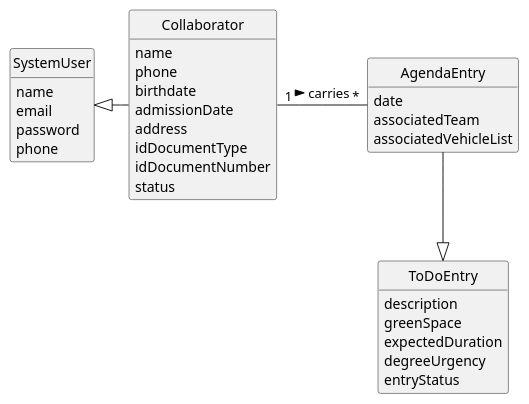
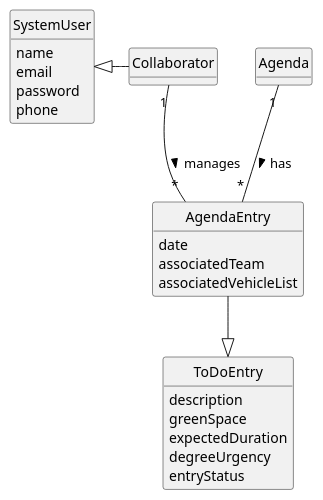
Before and after one commit to Departamento-de-Engenharia-Informatica/lei-24-s2-1do-g164: the diagram in docs/sprintC/us029/02.analysis/puml/us029-domain-model.puml, drawn with PlantUML. The commit also changed 19 other files, not shown here.

```diff
--- a/docs/sprintC/us029/02.analysis/puml/us029-domain-model.puml
+++ b/docs/sprintC/us029/02.analysis/puml/us029-domain-model.puml
@@ -1,51 +1,49 @@
 @startuml
 skinparam monochrome true
 skinparam packageStyle rectangle
 skinparam shadowing false
 
 
 
 skinparam classAttributeIconSize 0
 
 hide circle
 hide methods
 
 
 class SystemUser {
     name
     email
     password
     phone
 
 }
 class Collaborator {
-    name
-    phone
-    birthdate
-    admissionDate
-    address
-    idDocumentType
-    idDocumentNumber
-    status
+
+}
+
+
+class Agenda {
 }
 
 class AgendaEntry {
     date
     associatedTeam
     associatedVehicleList
 }
+
 
 
 class ToDoEntry{
     description
          greenSpace
          expectedDuration
          degreeUrgency
          entryStatus
 }
 
-
-Collaborator "1" - "*" AgendaEntry:   carries  >
+Agenda "1" -- "*" AgendaEntry : has >
+SystemUser <|-  Collaborator
+Collaborator "1" -- "*" AgendaEntry: manages >
 AgendaEntry --|> ToDoEntry
-SystemUser <|- Collaborator
 @enduml
```
